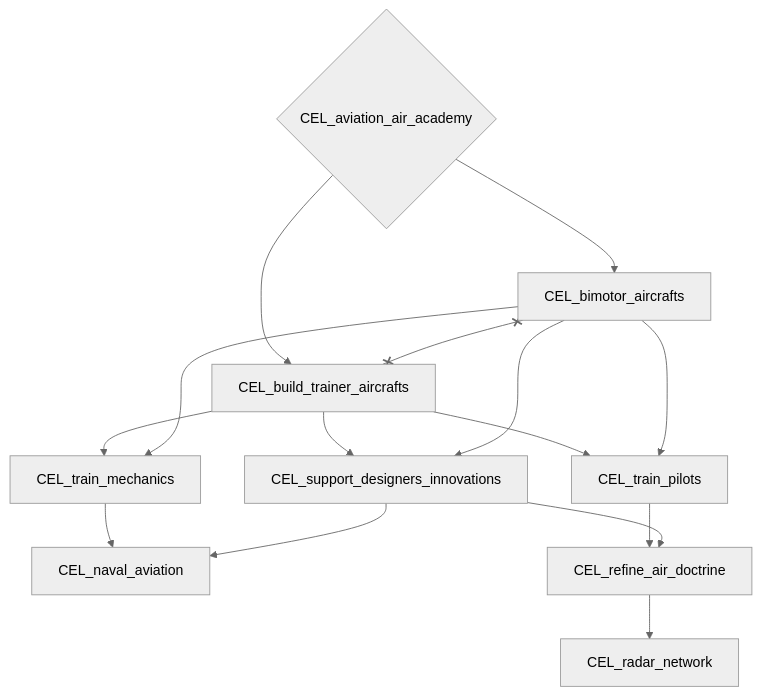
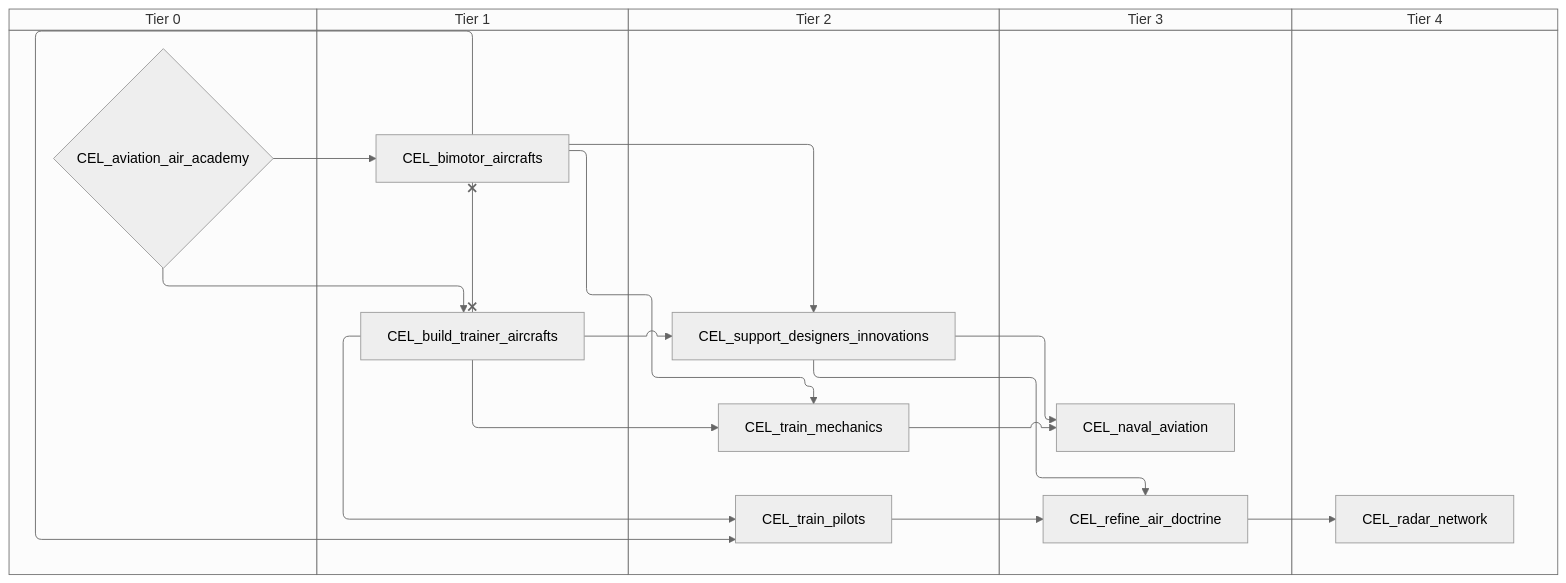
Before and after one commit to evgeny-sobol/hoi4-sandbox-mode-r56: the first of 5 diagrams in docs/gdd/National Focuses/r56/r56_celtic_shared.md, drawn with Mermaid (neutral theme). The commit also changed other lines of this file and 423 other files, not shown here.

First line of the commit message:
Re-export Rt56 focus trees as swimlane diagrams

````diff
--- a/docs/gdd/National Focuses/r56/r56_celtic_shared.md
+++ b/docs/gdd/National Focuses/r56/r56_celtic_shared.md
@@ -3,26 +3,36 @@
 ```mermaid
-flowchart TD
-    n1{"CEL_aviation_air_academy"}
-    n2["CEL_bimotor_aircrafts"]
-    n3["CEL_build_trainer_aircrafts"]
-    n4["CEL_naval_aviation"]
-    n5["CEL_radar_network"]
-    n6["CEL_refine_air_doctrine"]
-    n7["CEL_support_designers_innovations"]
-    n8["CEL_train_mechanics"]
-    n9["CEL_train_pilots"]
+swimlane-beta TD
+    subgraph tier_0["Tier 0"]
+        n1{"CEL_aviation_air_academy"}
+    end
+    subgraph tier_1["Tier 1"]
+        n2["CEL_bimotor_aircrafts"]
+        n3["CEL_build_trainer_aircrafts"]
+    end
+    subgraph tier_2["Tier 2"]
+        n4["CEL_support_designers_innovations"]
+        n5["CEL_train_mechanics"]
+        n6["CEL_train_pilots"]
+    end
+    subgraph tier_3["Tier 3"]
+        n7["CEL_naval_aviation"]
+        n8["CEL_refine_air_doctrine"]
+    end
+    subgraph tier_4["Tier 4"]
+        n9["CEL_radar_network"]
+    end
     n1 --> n2
     n1 --> n3
-    n8 --> n4
-    n7 --> n4
-    n6 --> n5
-    n9 --> n6
-    n7 --> n6
-    n3 --> n7
-    n2 --> n7
-    n3 --> n8
-    n2 --> n8
-    n3 --> n9
-    n2 --> n9
+    n5 --> n7
+    n4 --> n7
+    n8 --> n9
+    n6 --> n8
+    n4 --> n8
+    n3 --> n4
+    n2 --> n4
+    n3 --> n5
+    n2 --> n5
+    n3 --> n6
+    n2 --> n6
     n2 x--x n3
 ```
````
